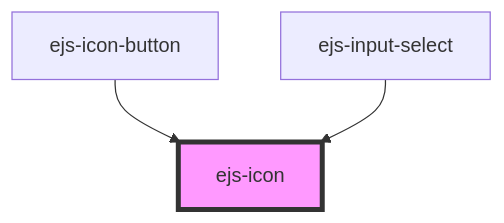
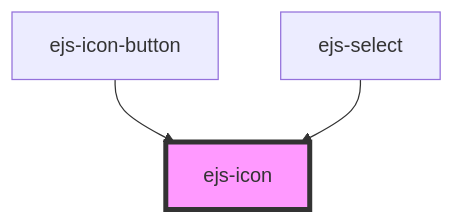
The diagram in src/components/ejs-icon/readme.md (ezeep/ezeep-js), drawn with Mermaid before and after one commit. The commit also changed other lines of this file and 25 other files, not shown here.

````diff
--- a/src/components/ejs-icon/readme.md
+++ b/src/components/ejs-icon/readme.md
@@ -26,6 +26,6 @@
 ```mermaid
 graph TD;
   ejs-icon-button --> ejs-icon
-  ejs-input-select --> ejs-icon
+  ejs-select --> ejs-icon
   style ejs-icon fill:#f9f,stroke:#333,stroke-width:4px
 ```
````
